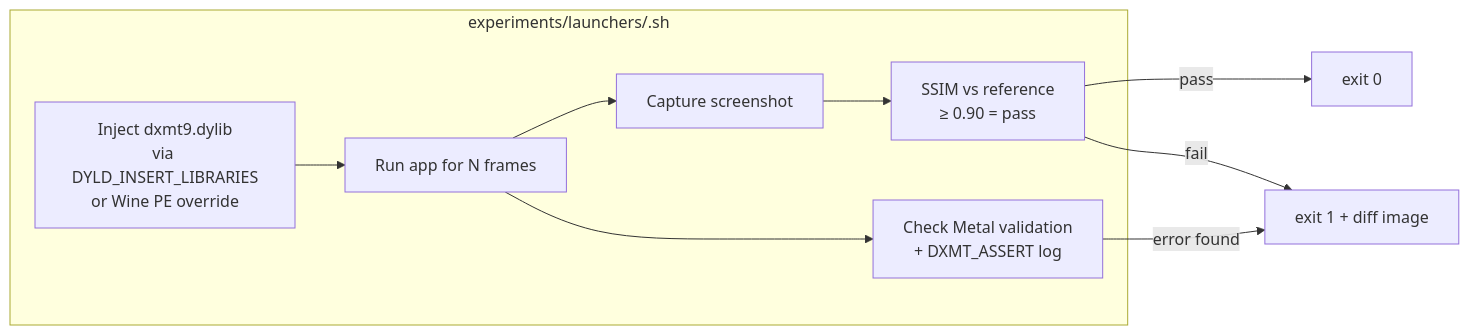
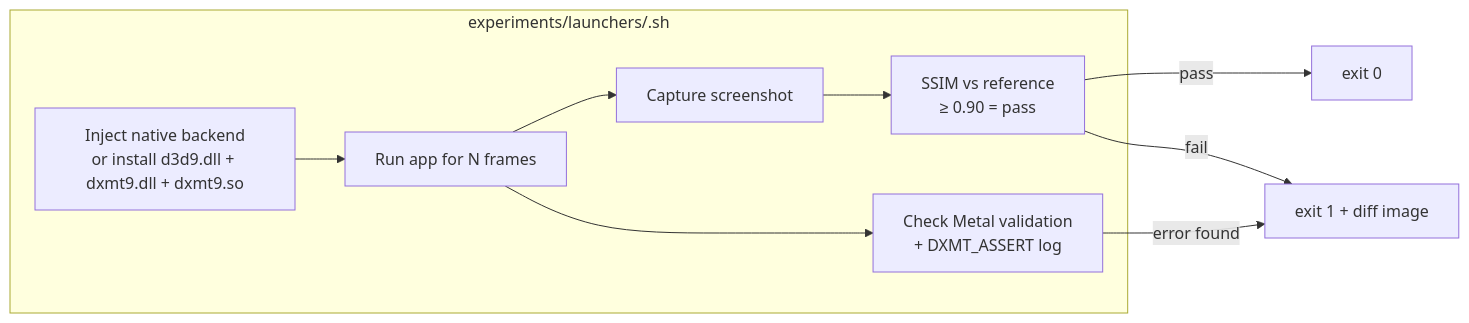
One commit to dfdgsdfg/dxmt9 changed the diagram in specs/experiments/design.md. Above: the diagram before and after it, drawn with Mermaid. The commit also changed other lines of this file and 20 other files, not shown here.

Commit message:
Add PE bridge split and Wine install tooling

````diff
--- a/specs/experiments/design.md
+++ b/specs/experiments/design.md
@@ -14,16 +14,16 @@
 ```mermaid
 graph LR
     subgraph Launcher["experiments/launchers/<app>.sh"]
-        INJECT["Inject dxmt9.dylib\nvia DYLD_INSERT_LIBRARIES\nor Wine PE override"]
+        INJECT["Inject native backend\nor install d3d9.dll + dxmt9.dll + dxmt9.so"]
         RUN["Run app for N frames"]
         SHOT["Capture screenshot"]
         CMP["SSIM vs reference\n≥ 0.90 = pass"]
         LOG["Check Metal validation\n+ DXMT_ASSERT log"]
     end
 
     INJECT --> RUN --> SHOT --> CMP
     RUN --> LOG
     CMP -->|pass| EXIT0["exit 0"]
     CMP -->|fail| EXIT1["exit 1 + diff image"]
     LOG -->|error found| EXIT1
 ```
````
